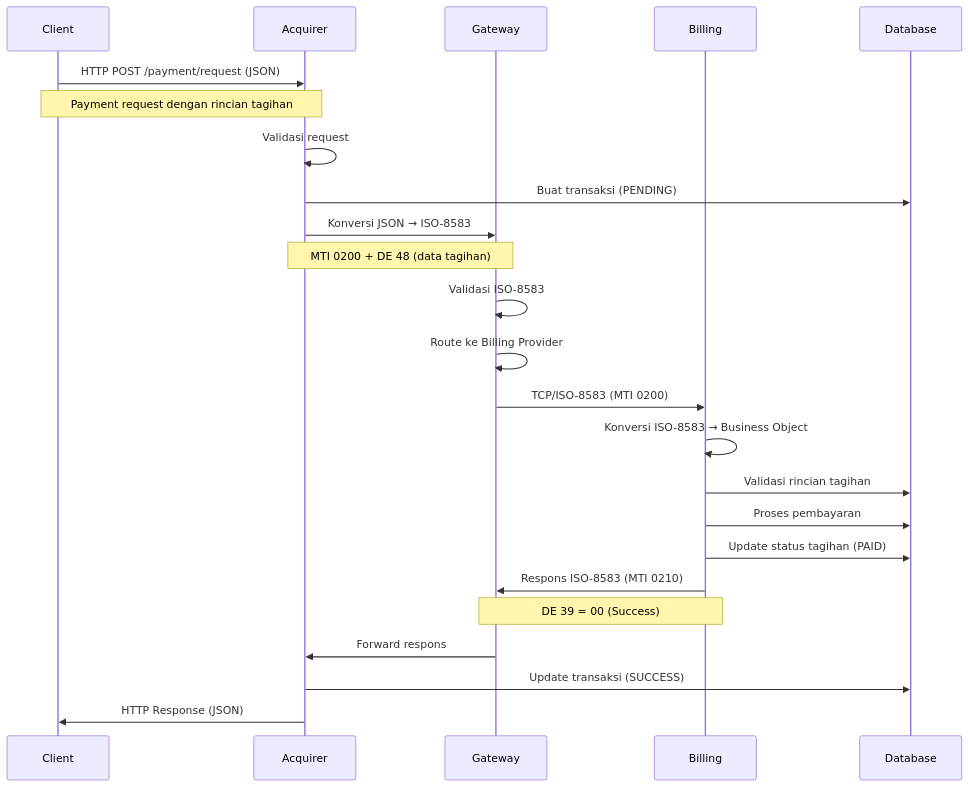
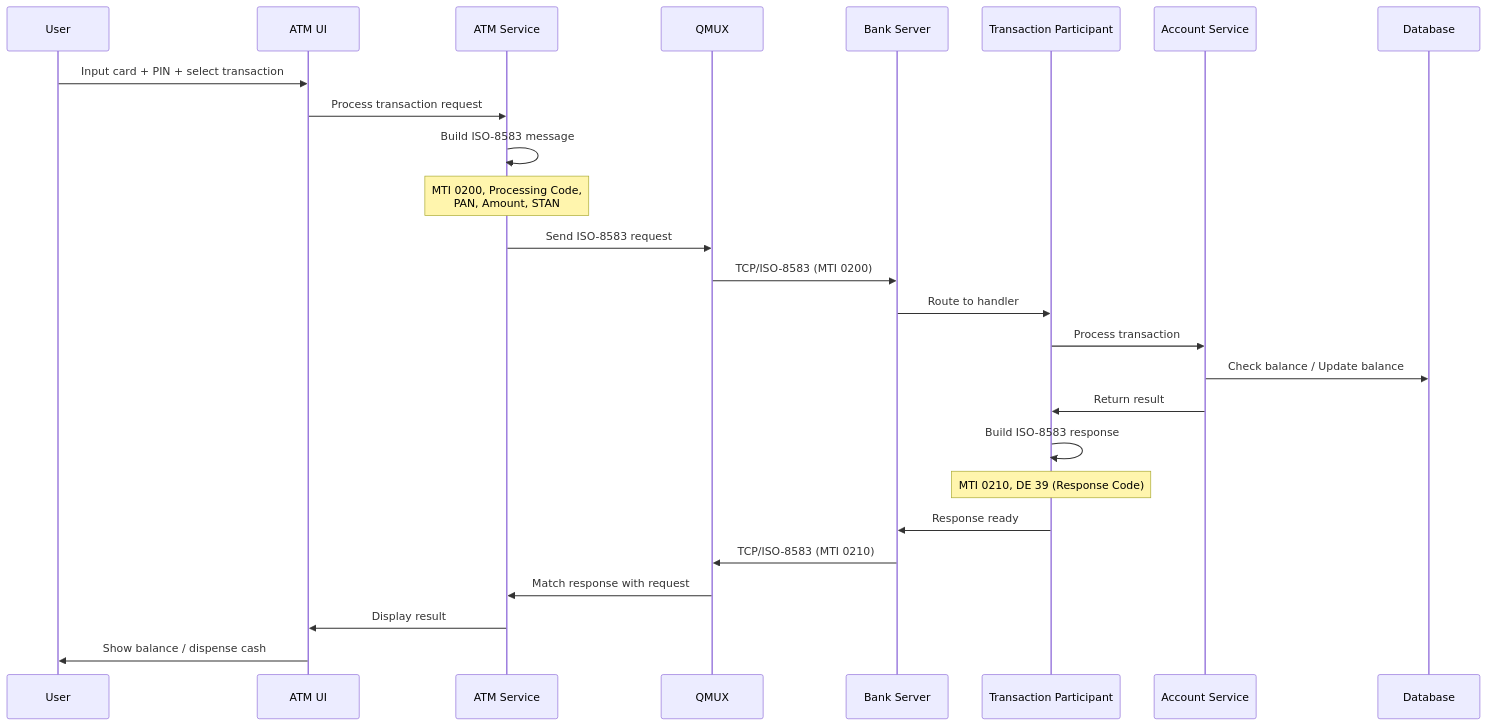
The first of 6 diagrams in workshop/day-3/INSTRUCTIONS.md (artivisi/training-spring-jpos-2025), drawn with Mermaid before and after one commit. The commit also changed other lines of this file and 30 other files, not shown here.

First line of the commit message:
rewrite workshop content from generic payment system to ATM banking system

````diff
--- a/workshop/day-3/INSTRUCTIONS.md
+++ b/workshop/day-3/INSTRUCTIONS.md
@@ -13,31 +14,35 @@
 ```mermaid
 sequenceDiagram
-    participant Client
-    participant Acquirer
-    participant Gateway
-    participant Billing
+    participant User
+    participant ATM UI
+    participant ATM Service
+    participant QMUX
+    participant Bank Server
+    participant Transaction Participant
+    participant Account Service
     participant Database
 
-    Client->>Acquirer: HTTP POST /payment/request (JSON)
-    Note over Client,Acquirer: Payment request dengan rincian tagihan
+    User->>ATM UI: Input card + PIN + select transaction
+    ATM UI->>ATM Service: Process transaction request
 
-    Acquirer->>Acquirer: Validasi request
-    Acquirer->>Database: Buat transaksi (PENDING)
-    Acquirer->>Gateway: Konversi JSON → ISO-8583
-    Note over Acquirer,Gateway: MTI 0200 + DE 48 (data tagihan)
+    ATM Service->>ATM Service: Build ISO-8583 message
+    Note over ATM Service: MTI 0200, Processing Code,<br/>PAN, Amount, STAN
 
-    Gateway->>Gateway: Validasi ISO-8583
-    Gateway->>Gateway: Route ke Billing Provider
-    Gateway->>Billing: TCP/ISO-8583 (MTI 0200)
+    ATM Service->>QMUX: Send ISO-8583 request
+    QMUX->>Bank Server: TCP/ISO-8583 (MTI 0200)
 
-    Billing->>Billing: Konversi ISO-8583 → Business Object
-    Billing->>Database: Validasi rincian tagihan
-    Billing->>Database: Proses pembayaran
-    Billing->>Database: Update status tagihan (PAID)
-    Billing->>Gateway: Respons ISO-8583 (MTI 0210)
-    Note over Billing,Gateway: DE 39 = 00 (Success)
+    Bank Server->>Transaction Participant: Route to handler
+    Transaction Participant->>Account Service: Process transaction
+    Account Service->>Database: Check balance / Update balance
 
-    Gateway->>Acquirer: Forward respons
-    Acquirer->>Database: Update transaksi (SUCCESS)
-    Acquirer->>Client: HTTP Response (JSON)
+    Account Service->>Transaction Participant: Return result
+    Transaction Participant->>Transaction Participant: Build ISO-8583 response
+    Note over Transaction Participant: MTI 0210, DE 39 (Response Code)
+
+    Transaction Participant->>Bank Server: Response ready
+    Bank Server->>QMUX: TCP/ISO-8583 (MTI 0210)
+    QMUX->>ATM Service: Match response with request
+
+    ATM Service->>ATM UI: Display result
+    ATM UI->>User: Show balance / dispense cash
 ```
````
